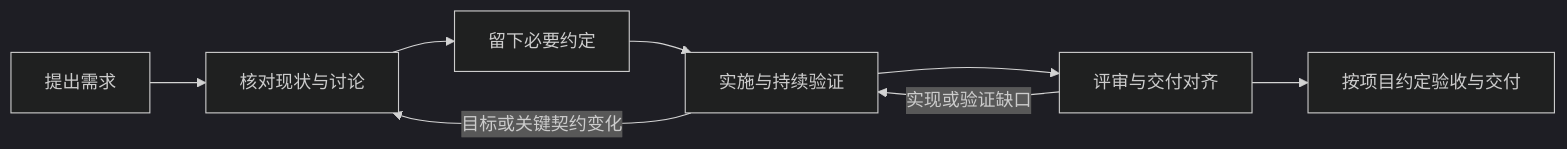
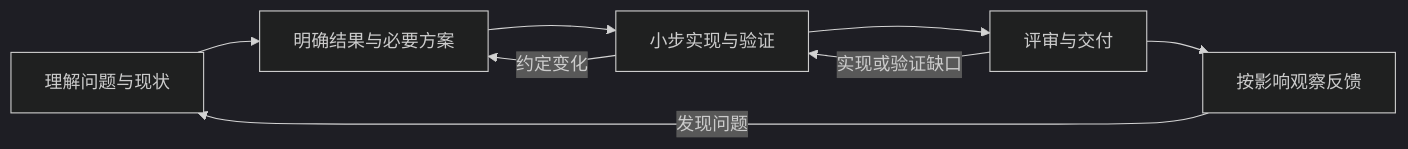
The diagram in README.md (YIMO691/Workflow-SOP), drawn with Mermaid (dark theme) before and after one commit. The commit also changed other lines of this file and 18 other files, not shown here.

````diff
--- a/README.md
+++ b/README.md
@@ -30,10 +26,10 @@
 ```mermaid
 flowchart LR
-    A[提出需求] --> B[核对现状与讨论]
-    B --> C[留下必要约定]
-    C --> D[实施与持续验证]
-    D --> E[评审与交付对齐]
-    E --> F[按项目约定验收与交付]
-    E -->|实现或验证缺口| D
-    D -->|目标或关键契约变化| B
+    A[理解问题与现状] --> B[明确结果与必要方案]
+    B --> C[小步实现与验证]
+    C --> D[评审与交付]
+    D --> E[按影响观察反馈]
+    C -->|约定变化| B
+    D -->|实现或验证缺口| C
+    E -->|发现问题| A
 ```
````
